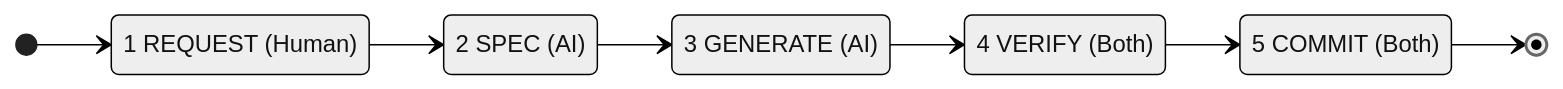
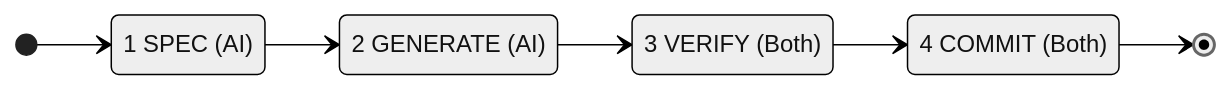
Before and after one commit to ikadar/ewlin: the diagram in docs/drafts/spec-first-commands-proposal.md, drawn with Mermaid. The commit also changed other lines of this file, not shown here.

First line of the commit message:
docs: Refine spec-first commands proposal

````diff
--- a/docs/drafts/spec-first-commands-proposal.md
+++ b/docs/drafts/spec-first-commands-proposal.md
@@ -18,18 +18,16 @@
 ```mermaid
 %%{init: {'theme':'neutral'}}%%
 stateDiagram-v2
     direction LR
 
-    REQUEST: 1 REQUEST (Human)
-    SPEC: 2 SPEC (AI)
-    GENERATE: 3 GENERATE (AI)
-    VERIFY: 4 VERIFY (Both)
-    COMMIT: 5 COMMIT (Both)
+    SPEC: 1 SPEC (AI)
+    GENERATE: 2 GENERATE (AI)
+    VERIFY: 3 VERIFY (Both)
+    COMMIT: 4 COMMIT (Both)
 
-    [*] --> REQUEST
-    REQUEST --> SPEC
+    [*] --> SPEC
     SPEC --> GENERATE
     GENERATE --> VERIFY
     VERIFY --> COMMIT
     COMMIT --> [*]
 ```
````
